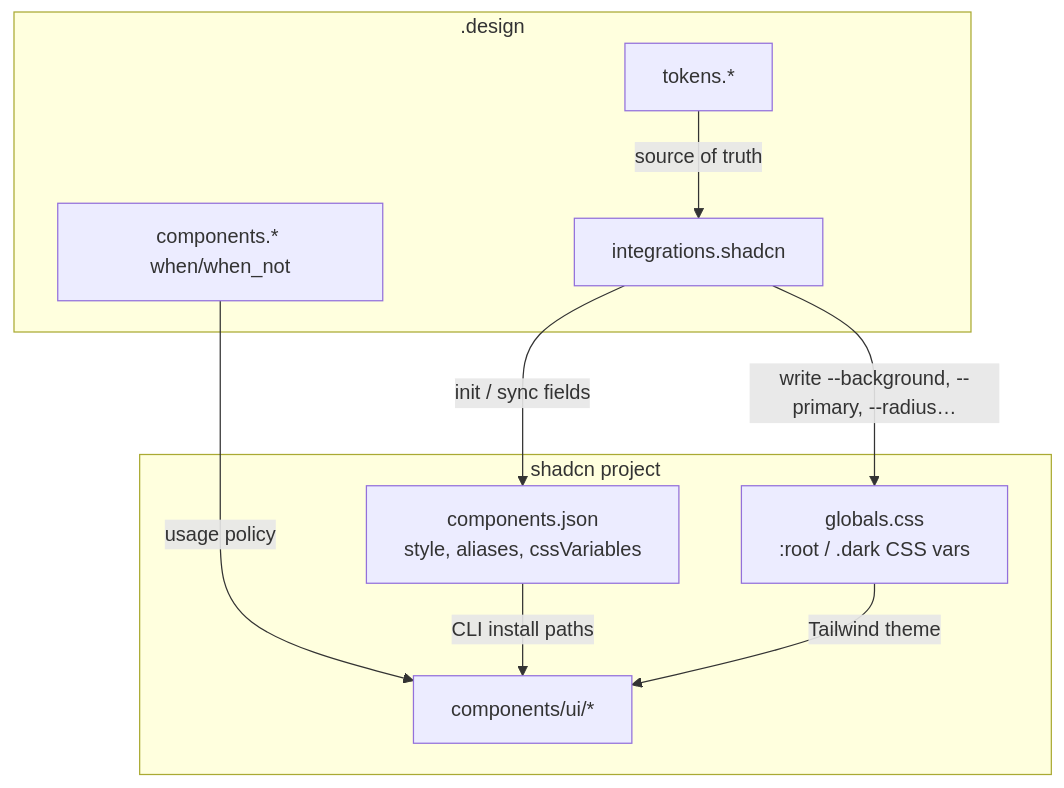
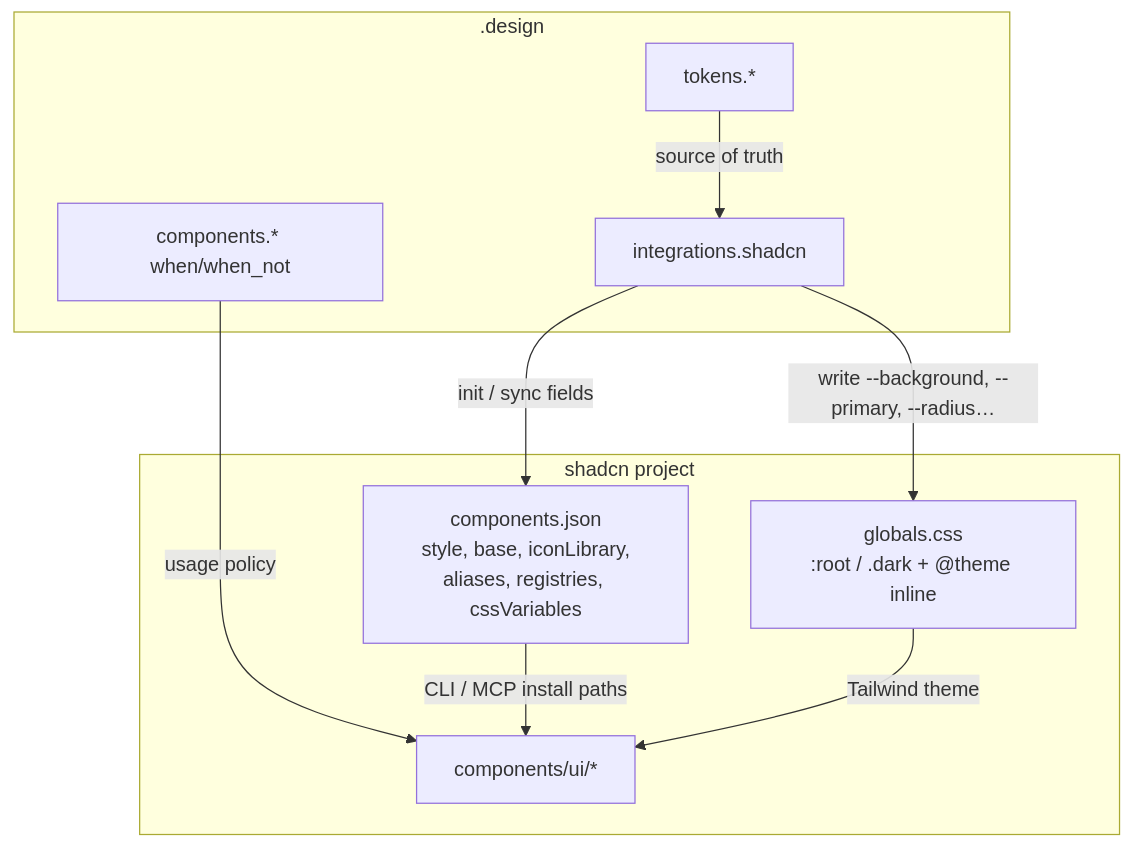
One commit to AgentsORG/DESIGN changed the first of 2 diagrams in docs/shadcn.md. Above: the diagram before and after it, drawn with Mermaid. The commit also changed other lines of this file and 25 other files, not shown here.

````diff
--- a/docs/shadcn.md
+++ b/docs/shadcn.md
@@ -23,21 +28,21 @@
 ```mermaid
 flowchart TB
   subgraph design_file [".design"]
     TOK[tokens.*]
     INT[integrations.shadcn]
     CAT[components.* when/when_not]
   end
 
   subgraph shadcn_stack ["shadcn project"]
-    CJ["components.json\nstyle, aliases, cssVariables"]
-    CSS["globals.css\n:root / .dark CSS vars"]
+    CJ["components.json\nstyle, base, iconLibrary,\naliases, registries, cssVariables"]
+    CSS["globals.css\n:root / .dark + @theme inline"]
     UI["components/ui/*"]
   end
 
   TOK -->|source of truth| INT
   INT -->|init / sync fields| CJ
   INT -->|write --background, --primary, --radius…| CSS
   CAT -->|usage policy| UI
-  CJ -->|CLI install paths| UI
+  CJ -->|CLI / MCP install paths| UI
   CSS -->|Tailwind theme| UI
 ```
````
